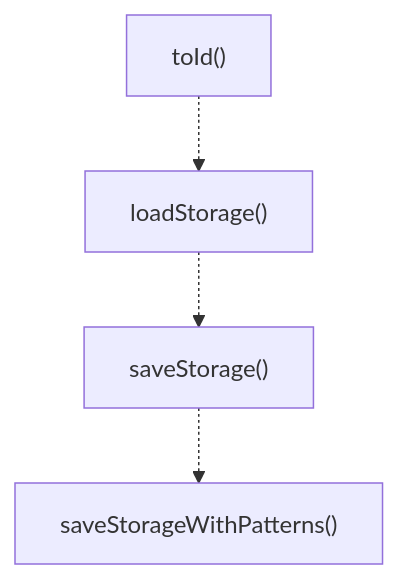
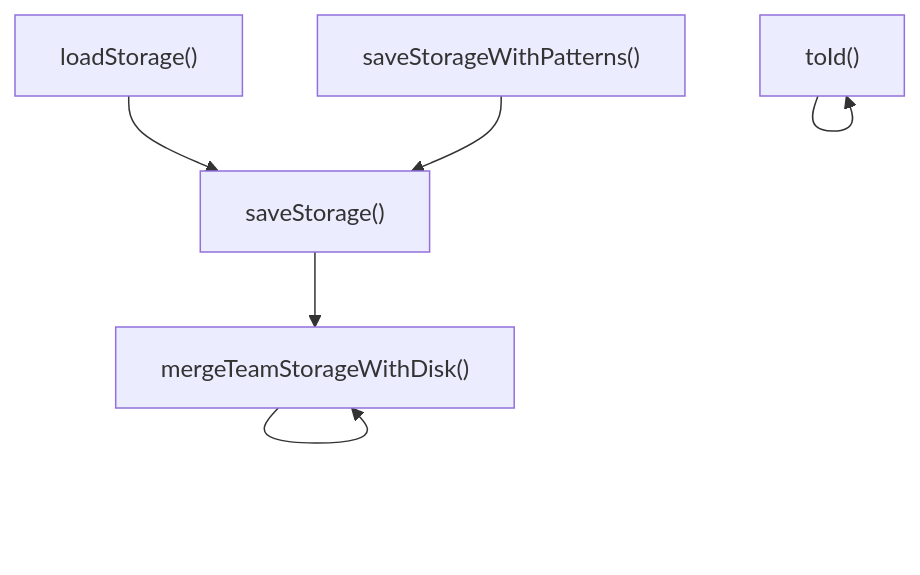
The third of 4 diagrams in ABDD/.pi/extensions/agent-teams/storage.md (Mekann2904/mekann), drawn with Mermaid before and after one commit. The commit also changed other lines of this file and 277 other files, not shown here.

````diff
--- a/ABDD/.pi/extensions/agent-teams/storage.md
+++ b/ABDD/.pi/extensions/agent-teams/storage.md
@@ -153,10 +153,13 @@
 ```mermaid
 flowchart TD
-  toId["toId()"]
   loadStorage["loadStorage()"]
+  mergeTeamStorageWithDisk["mergeTeamStorageWithDisk()"]
   saveStorage["saveStorage()"]
   saveStorageWithPatterns["saveStorageWithPatterns()"]
-  toId -.-> loadStorage
-  loadStorage -.-> saveStorage
-  saveStorage -.-> saveStorageWithPatterns
+  toId["toId()"]
+  loadStorage --> saveStorage
+  mergeTeamStorageWithDisk --> mergeTeamStorageWithDisk
+  saveStorage --> mergeTeamStorageWithDisk
+  saveStorageWithPatterns --> saveStorage
+  toId --> toId
 ```
````
